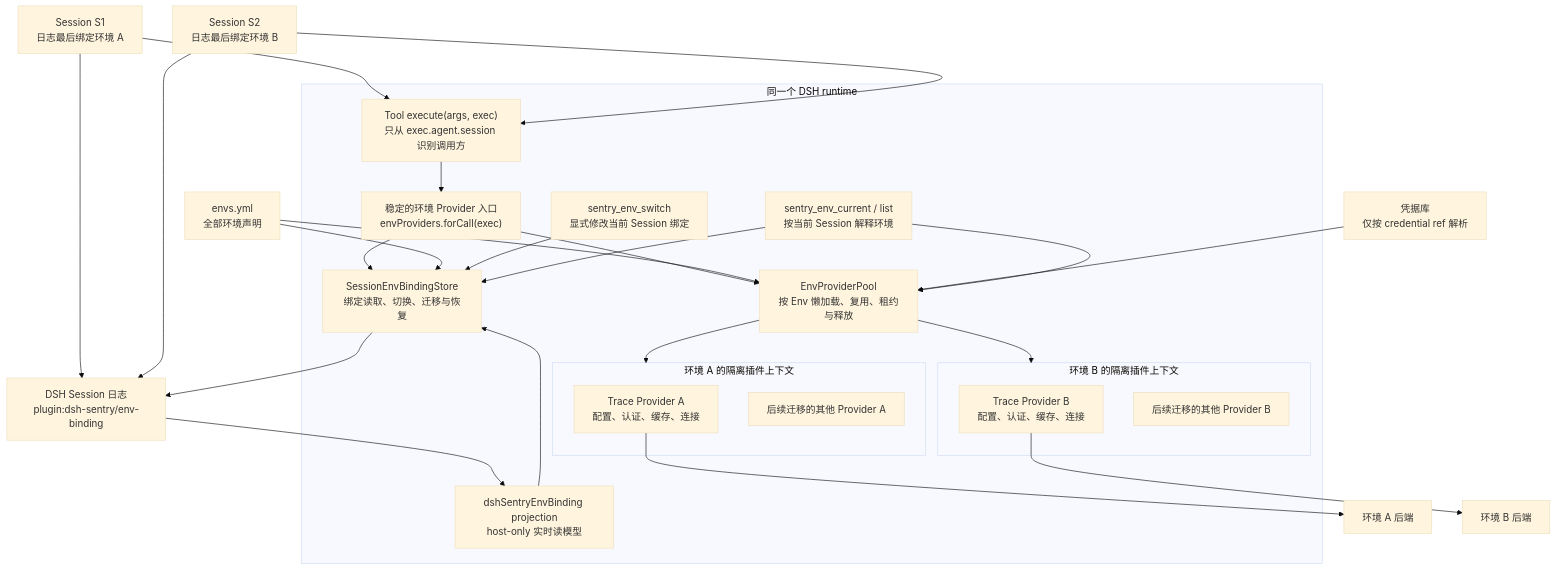
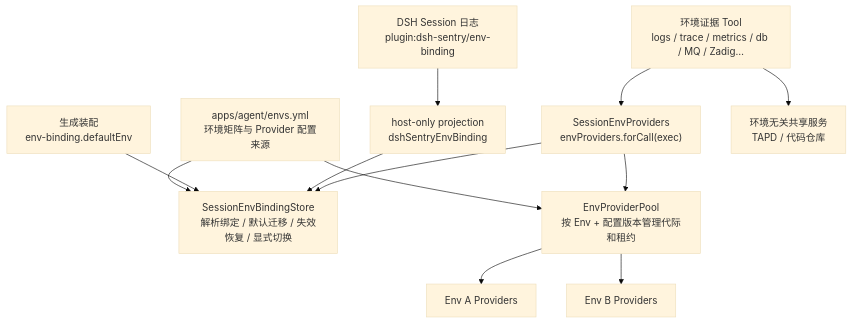
The first of 2 diagrams in docs/architecture/session-env-routing.md (lynn-hector/endurance-sage), drawn with Mermaid (base theme) before and after one commit. The commit also changed other lines of this file and 5 other files, not shown here.

````diff
--- a/docs/architecture/session-env-routing.md
+++ b/docs/architecture/session-env-routing.md
@@ -214,52 +39,25 @@
 ```mermaid
 flowchart TB
-    S1["Session S1<br/>日志最后绑定环境 A"]
-    S2["Session S2<br/>日志最后绑定环境 B"]
+    matrix["apps/agent/envs.yml<br/>环境矩阵与 Provider 配置来源"]
+    assembly["生成装配<br/>env-binding.defaultEnv"]
+    log["DSH Session 日志<br/>plugin:dsh-sentry/env-binding"]
+    projection["host-only projection<br/>dshSentryEnvBinding"]
+    binding["SessionEnvBindingStore<br/>解析绑定 / 默认迁移 / 失效恢复 / 显式切换"]
+    facade["SessionEnvProviders<br/>envProviders.forCall(exec)"]
+    pool["EnvProviderPool<br/>按 Env + 配置版本管理代际和租约"]
+    tool["环境证据 Tool<br/>logs / trace / metrics / db / MQ / Zadig…"]
+    pa["Env A Providers"]
+    pb["Env B Providers"]
+    shared["环境无关共享服务<br/>TAPD / 代码仓库"]
 
-    subgraph DSH["同一个 DSH runtime"]
-        EXEC["Tool execute(args, exec)<br/>只从 exec.agent.session 识别调用方"]
-        FACADE["稳定的环境 Provider 入口<br/>envProviders.forCall(exec)"]
-        STORE["SessionEnvBindingStore<br/>绑定读取、切换、迁移与恢复"]
-        PROJ["dshSentryEnvBinding projection<br/>host-only 实时读模型"]
-        POOL["EnvProviderPool<br/>按 Env 懒加载、复用、租约与释放"]
-        SWITCH["sentry_env_switch<br/>显式修改当前 Session 绑定"]
-        CURRENT["sentry_env_current / list<br/>按当前 Session 解释环境"]
-
-        subgraph ENV_A["环境 A 的隔离插件上下文"]
-            TRACE_A["Trace Provider A<br/>配置、认证、缓存、连接"]
-            OTHER_A["后续迁移的其他 Provider A"]
-        end
-
-        subgraph ENV_B["环境 B 的隔离插件上下文"]
-            TRACE_B["Trace Provider B<br/>配置、认证、缓存、连接"]
-            OTHER_B["后续迁移的其他 Provider B"]
-        end
-    end
-
-    LOG["DSH Session 日志<br/>plugin:dsh-sentry/env-binding"]
-    MATRIX["envs.yml<br/>全部环境声明"]
-    CREDS["凭据库<br/>仅按 credential ref 解析"]
-    BACKEND_A["环境 A 后端"]
-    BACKEND_B["环境 B 后端"]
-
-    S1 --> EXEC
-    S2 --> EXEC
-    S1 --> LOG
-    S2 --> LOG
-    LOG --> PROJ
-    PROJ --> STORE
-    EXEC --> FACADE
-    FACADE --> STORE
-    FACADE --> POOL
-    POOL --> ENV_A
-    POOL --> ENV_B
-    MATRIX --> STORE
-    MATRIX --> POOL
-    CREDS --> POOL
-    TRACE_A --> BACKEND_A
-    TRACE_B --> BACKEND_B
-    SWITCH --> STORE
-    CURRENT --> STORE
-    CURRENT --> POOL
-    STORE --> LOG
+    matrix --> binding
+    matrix --> pool
+    assembly --> binding
+    log --> projection --> binding
+    tool --> facade
+    facade --> binding
+    facade --> pool
+    pool --> pa
+    pool --> pb
+    tool --> shared
 ```
````
